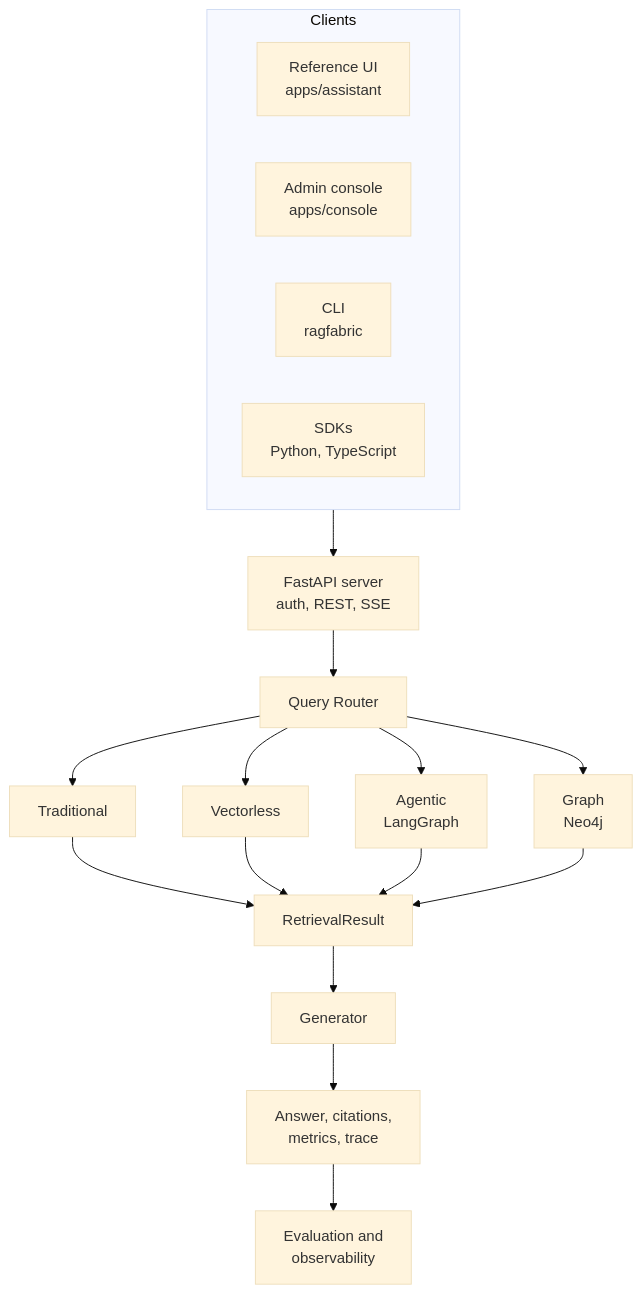
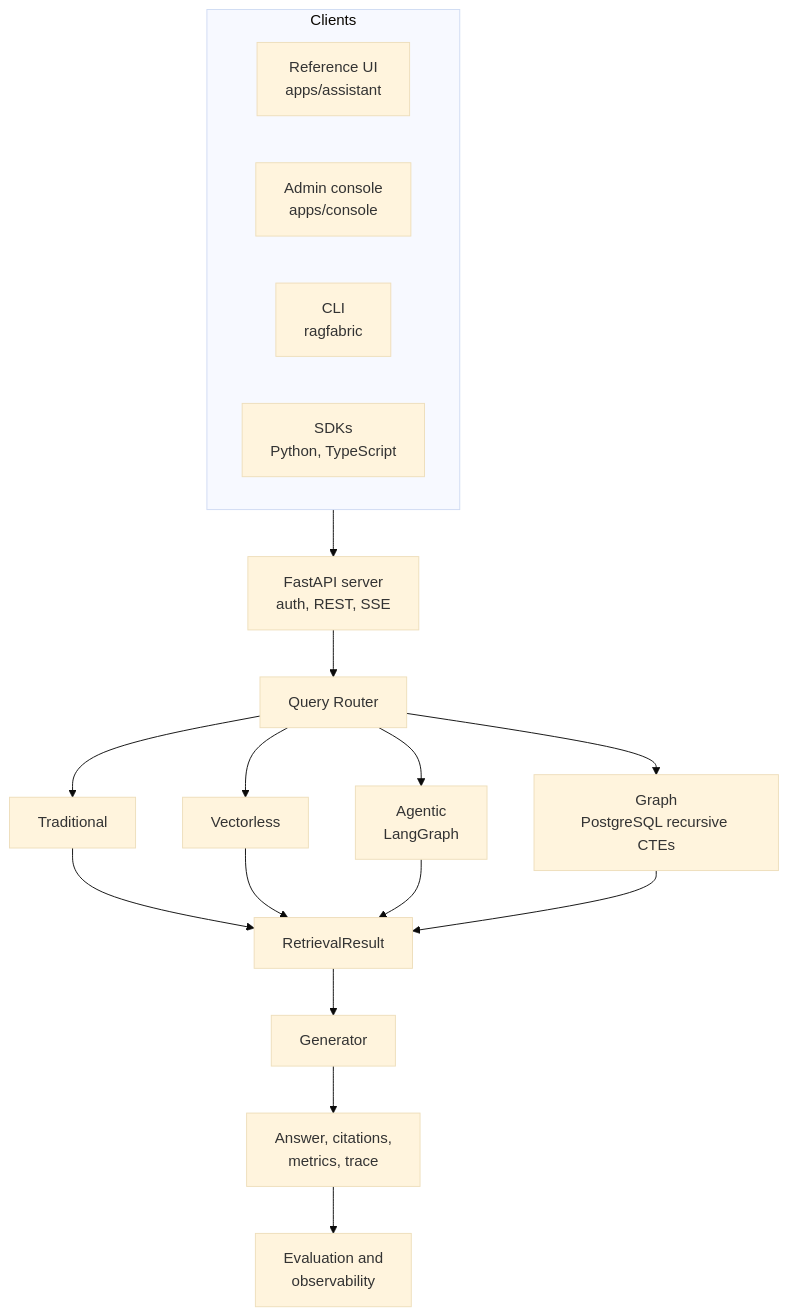
The diagram in README.md (ranjan-del/ragfabric), drawn with Mermaid (base theme) before and after one commit. The commit also changed other lines of this file and 16 other files, not shown here.

Commit message:
docs: record the graph store and extraction trust decisions

````diff
--- a/README.md
+++ b/README.md
@@ -187,19 +187,19 @@
 ```mermaid
 flowchart TD
     subgraph Clients
         UI[Reference UI<br/>apps/assistant]
         CON[Admin console<br/>apps/console]
         CLI[CLI<br/>ragfabric]
         SDK[SDKs<br/>Python, TypeScript]
     end
     Clients --> API[FastAPI server<br/>auth, REST, SSE]
     API --> R[Query Router]
     R --> T[Traditional]
     R --> V[Vectorless]
     R --> A[Agentic<br/>LangGraph]
-    R --> G[Graph<br/>Neo4j]
+    R --> G[Graph<br/>PostgreSQL recursive CTEs]
     T & V & A & G --> RR[RetrievalResult]
     RR --> GEN[Generator]
     GEN --> OUT[Answer, citations,<br/>metrics, trace]
     OUT --> EVAL[Evaluation and<br/>observability]
 ```
````
